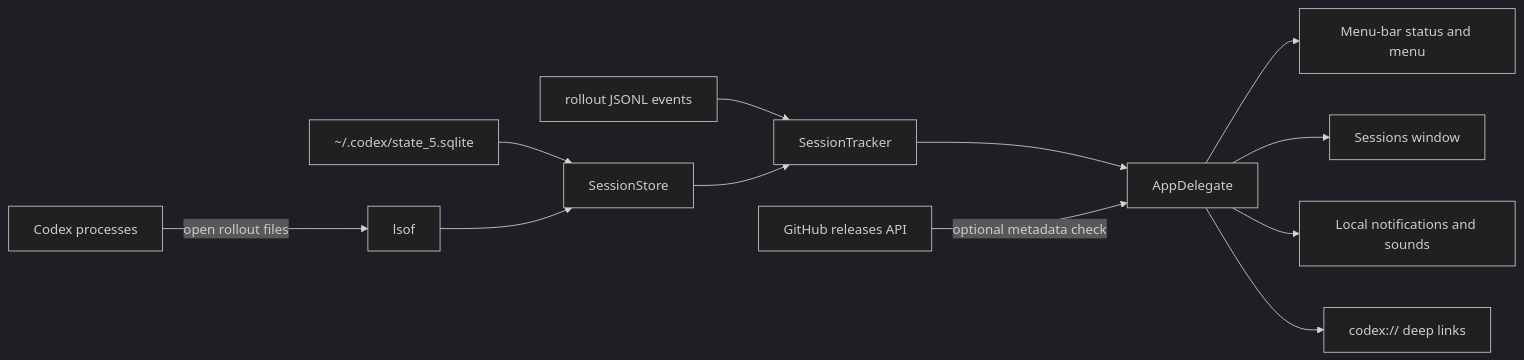
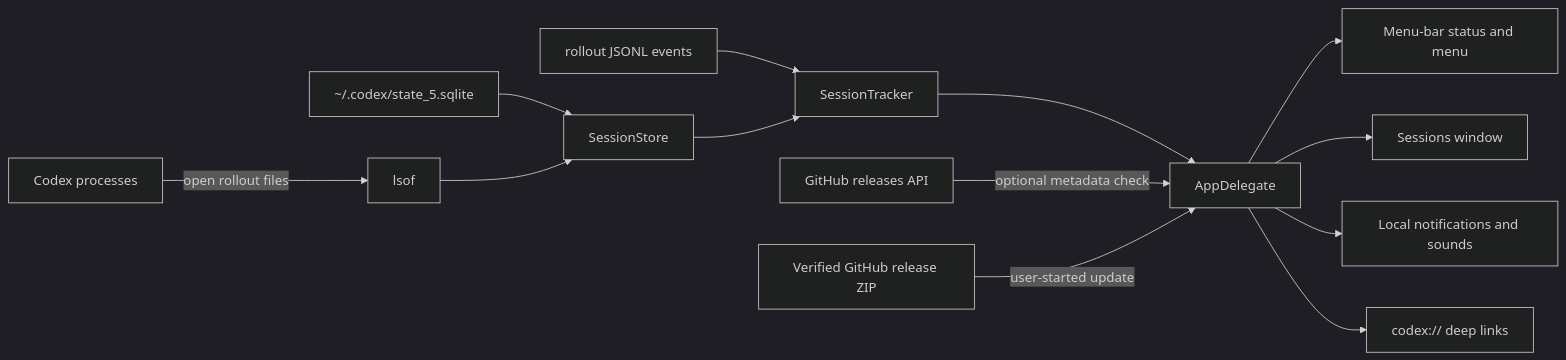
One commit to anes-laieb/codex-bar changed the diagram in docs/ARCHITECTURE.md. Above: the diagram before and after it, drawn with Mermaid (dark theme). The commit also changed other lines of this file and 7 other files, not shown here.

````diff
--- a/docs/ARCHITECTURE.md
+++ b/docs/ARCHITECTURE.md
@@ -9,14 +9,15 @@
 ```mermaid
 flowchart LR
     A["Codex processes"] -->|"open rollout files"| B["lsof"]
     C["~/.codex/state_5.sqlite"] --> D["SessionStore"]
     B --> D
     E["rollout JSONL events"] --> F["SessionTracker"]
     D --> F
     F --> G["AppDelegate"]
     G --> H["Menu-bar status and menu"]
     G --> I["Sessions window"]
     G --> J["Local notifications and sounds"]
     G --> K["codex:// deep links"]
     L["GitHub releases API"] -->|"optional metadata check"| G
+    M["Verified GitHub release ZIP"] -->|"user-started update"| G
 ```
````
